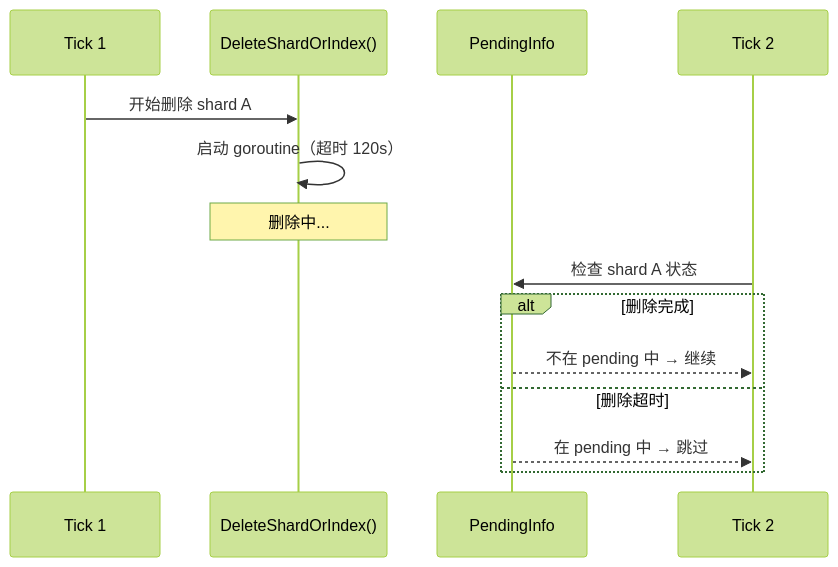
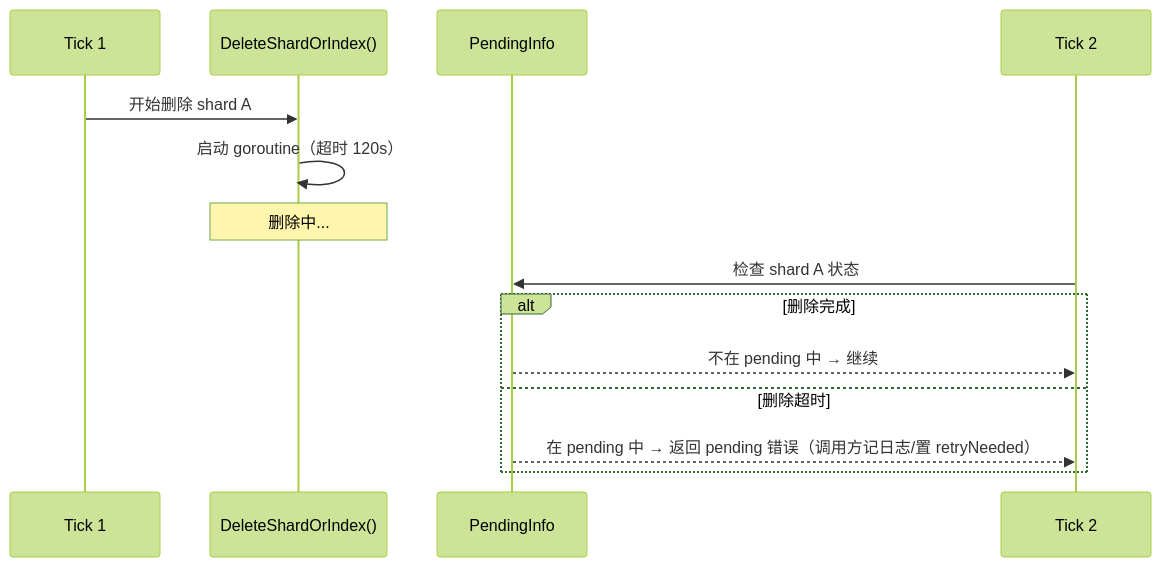
The fourth of 8 diagrams in docs/specs/18_retention_policy_spec.md (stefanv5/openGemini), drawn with Mermaid (forest theme) before and after one commit. The commit also changed other lines of this file and 37 other files, not shown here.

````diff
--- a/docs/specs/18_retention_policy_spec.md
+++ b/docs/specs/18_retention_policy_spec.md
@@ -223,19 +245,19 @@
 ```mermaid
 sequenceDiagram
     participant T1 as Tick 1
     participant Delete as DeleteShardOrIndex()
     participant Pending as PendingInfo
     participant T2 as Tick 2
 
     T1->>Delete: 开始删除 shard A
     Delete->>Delete: 启动 goroutine（超时 120s）
 
     Note over Delete: 删除中...
 
     T2->>Pending: 检查 shard A 状态
     alt 删除完成
         Pending-->>T2: 不在 pending 中 → 继续
     else 删除超时
-        Pending-->>T2: 在 pending 中 → 跳过
+        Pending-->>T2: 在 pending 中 → 返回 pending 错误（调用方记日志/置 retryNeeded）
     end
 ```
````
